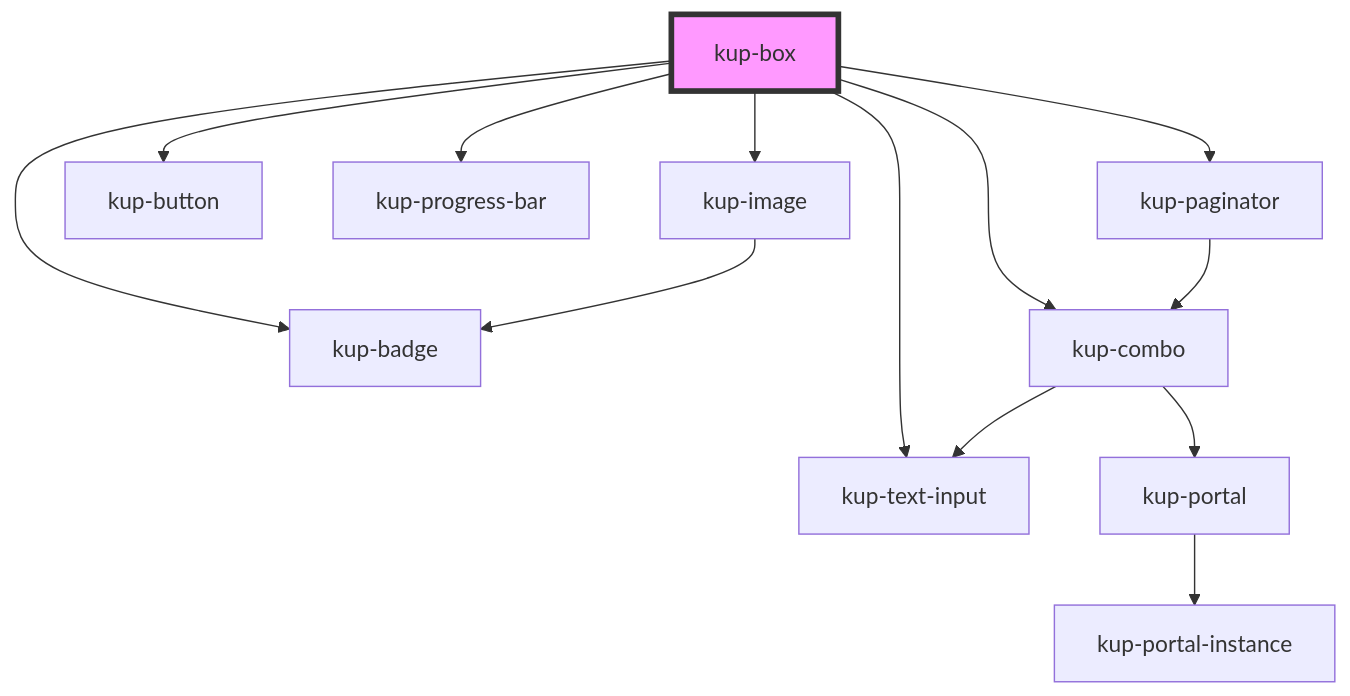
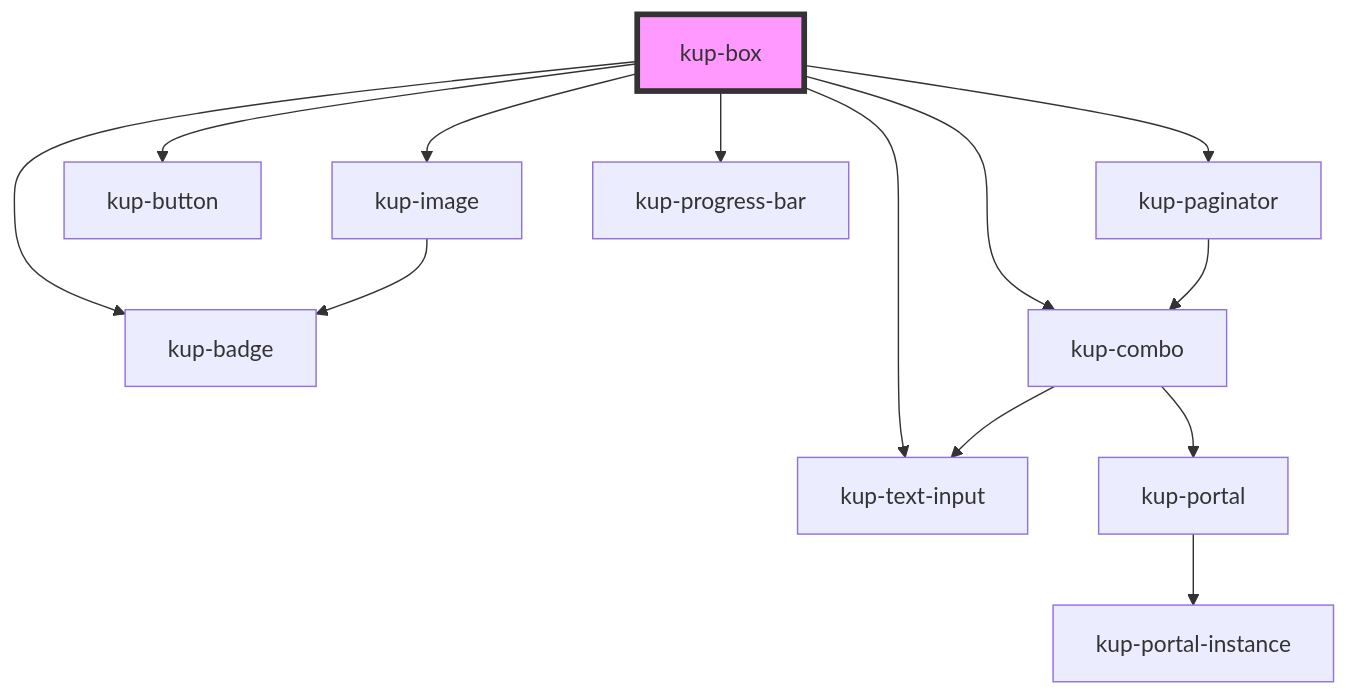
Before and after one commit to smeup/ketchup: the diagram in packages/ketchup/src/components/kup-box/readme.md, drawn with Mermaid. The commit also changed other lines of this file and 7 other files, not shown here.

````diff
--- a/packages/ketchup/src/components/kup-box/readme.md
+++ b/packages/ketchup/src/components/kup-box/readme.md
@@ -78,16 +78,16 @@
 ```mermaid
 graph TD;
   kup-box --> kup-badge
   kup-box --> kup-image
   kup-box --> kup-button
-  kup-box --> kup-progress-bar
   kup-box --> kup-combo
   kup-box --> kup-text-input
   kup-box --> kup-paginator
+  kup-box --> kup-progress-bar
   kup-image --> kup-badge
   kup-combo --> kup-text-input
   kup-combo --> kup-portal
   kup-portal --> kup-portal-instance
   kup-paginator --> kup-combo
   style kup-box fill:#f9f,stroke:#333,stroke-width:4px
 ```
````
